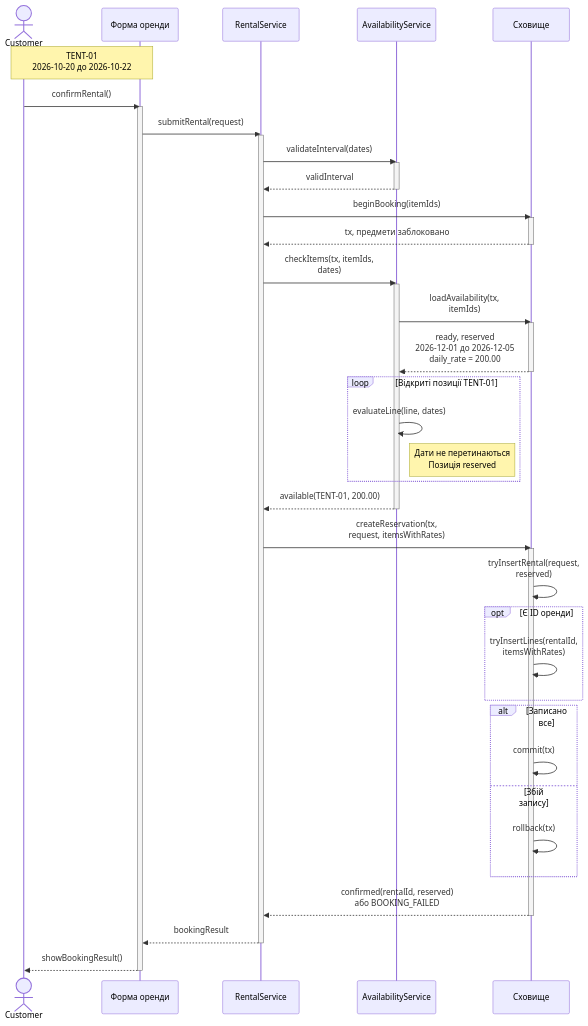
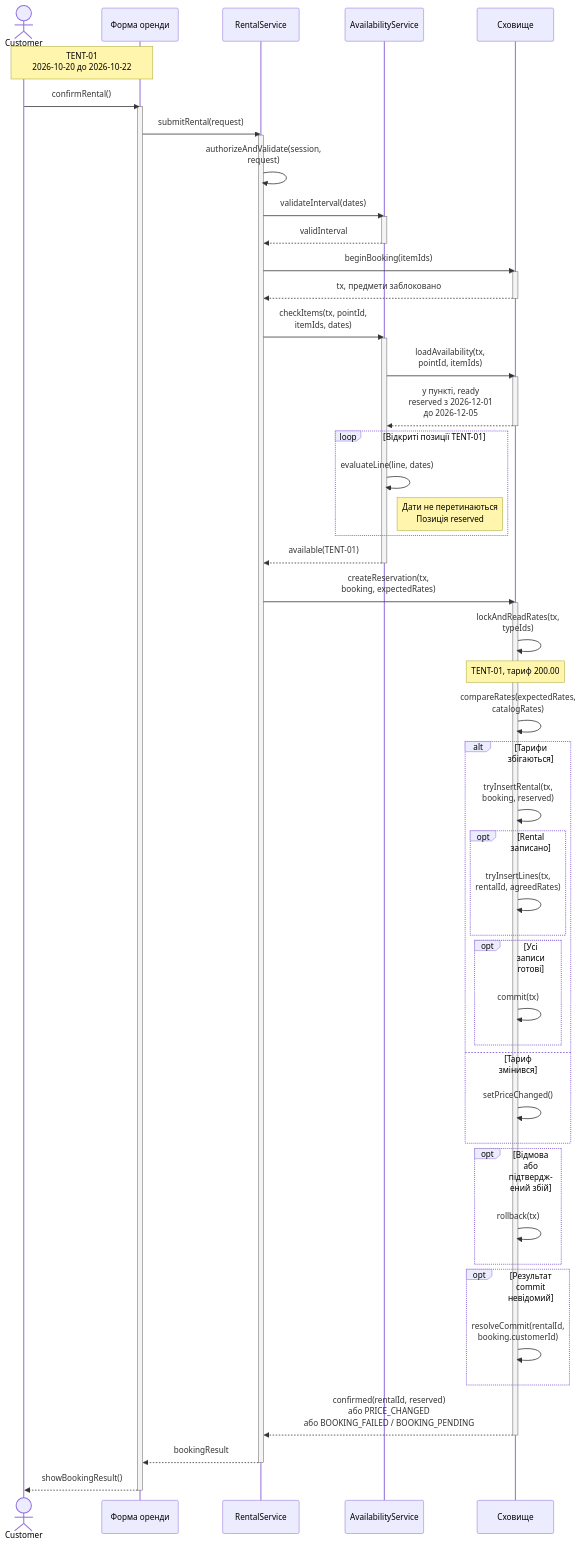
The fourth of 6 diagrams in Labs/lab-3/model.md (kirgafan/KPI_labs), drawn with Mermaid before and after one commit. The commit also changed other lines of this file and 3 other files, not shown here.

First line of the commit message:
fix(lab-3): validate booking ownership, items and agreed rates

````diff
--- a/Labs/lab-3/model.md
+++ b/Labs/lab-3/model.md
@@ -155,50 +175,62 @@
 ```mermaid
 sequenceDiagram
     actor C as Customer
     participant U as Форма оренди
     participant R as RentalService
     participant A as AvailabilityService
     participant S as Сховище
     Note over C,U: TENT-01<br/>2026-10-20 до 2026-10-22
     C->>U: confirmRental()
     activate U
     U->>R: submitRental(request)
     activate R
+    R->>R: authorizeAndValidate(session,<br/>request)
     R->>A: validateInterval(dates)
     activate A
     A-->>R: validInterval
     deactivate A
     R->>S: beginBooking(itemIds)
     activate S
     S-->>R: tx, предмети заблоковано
     deactivate S
-    R->>A: checkItems(tx, itemIds,<br/>dates)
+    R->>A: checkItems(tx, pointId,<br/>itemIds, dates)
     activate A
-    A->>S: loadAvailability(tx,<br/>itemIds)
+    A->>S: loadAvailability(tx,<br/>pointId, itemIds)
     activate S
-    S-->>A: ready, reserved<br/>2026-12-01 до 2026-12-05<br/>daily_rate = 200.00
+    S-->>A: у пункті, ready<br/>reserved з 2026-12-01<br/>до 2026-12-05
     deactivate S
     loop Відкриті позиції TENT-01
         A->>A: evaluateLine(line, dates)
         Note right of A: Дати не перетинаються<br/>Позиція reserved
     end
-    A-->>R: available(TENT-01, 200.00)
+    A-->>R: available(TENT-01)
     deactivate A
-    R->>S: createReservation(tx,<br/>request, itemsWithRates)
+    R->>S: createReservation(tx,<br/>booking, expectedRates)
     activate S
-    S->>S: tryInsertRental(request,<br/>reserved)
-    opt Є ID оренди
-        S->>S: tryInsertLines(rentalId,<br/>itemsWithRates)
+    S->>S: lockAndReadRates(tx,<br/>typeIds)
+    Note over S: TENT-01, тариф 200.00
+    S->>S: compareRates(expectedRates,<br/>catalogRates)
+    alt Тарифи збігаються
+        S->>S: tryInsertRental(tx,<br/>booking, reserved)
+        opt Rental записано
+            S->>S: tryInsertLines(tx,<br/>rentalId, agreedRates)
+        end
+        opt Усі записи готові
+            S->>S: commit(tx)
+        end
+    else Тариф змінився
+        S->>S: setPriceChanged()
     end
-    alt Записано все
-        S->>S: commit(tx)
-    else Збій запису
+    opt Відмова або підтверджений збій
         S->>S: rollback(tx)
     end
-    S-->>R: confirmed(rentalId, reserved)<br/>або BOOKING_FAILED
+    opt Результат commit невідомий
+        S->>S: resolveCommit(rentalId,<br/>booking.customerId)
+    end
+    S-->>R: confirmed(rentalId, reserved)<br/>або PRICE_CHANGED<br/>або BOOKING_FAILED / BOOKING_PENDING
     deactivate S
     R-->>U: bookingResult
     deactivate R
     U-->>C: showBookingResult()
     deactivate U
 ```
````
